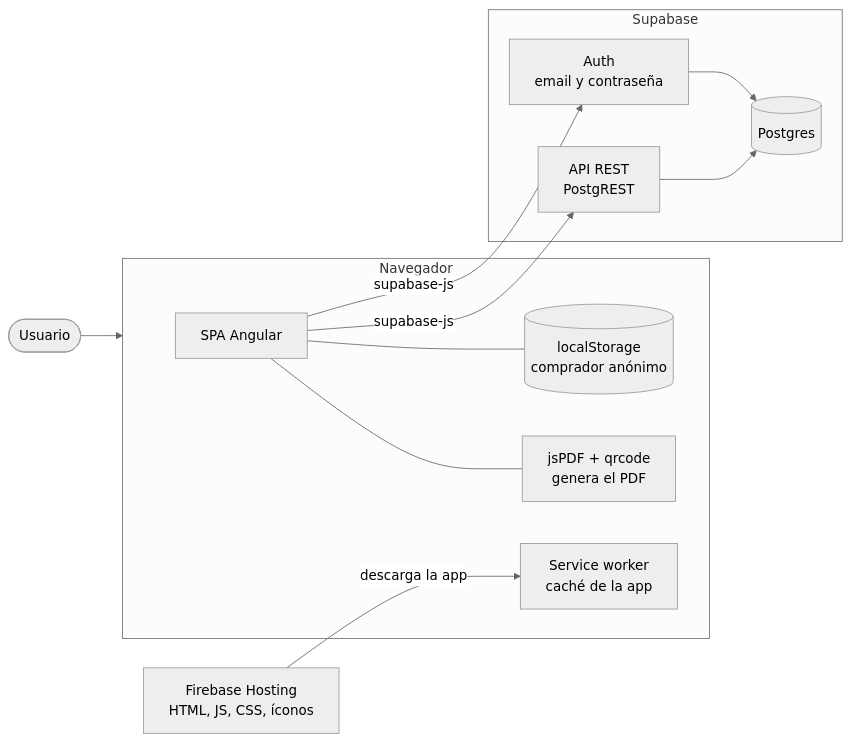
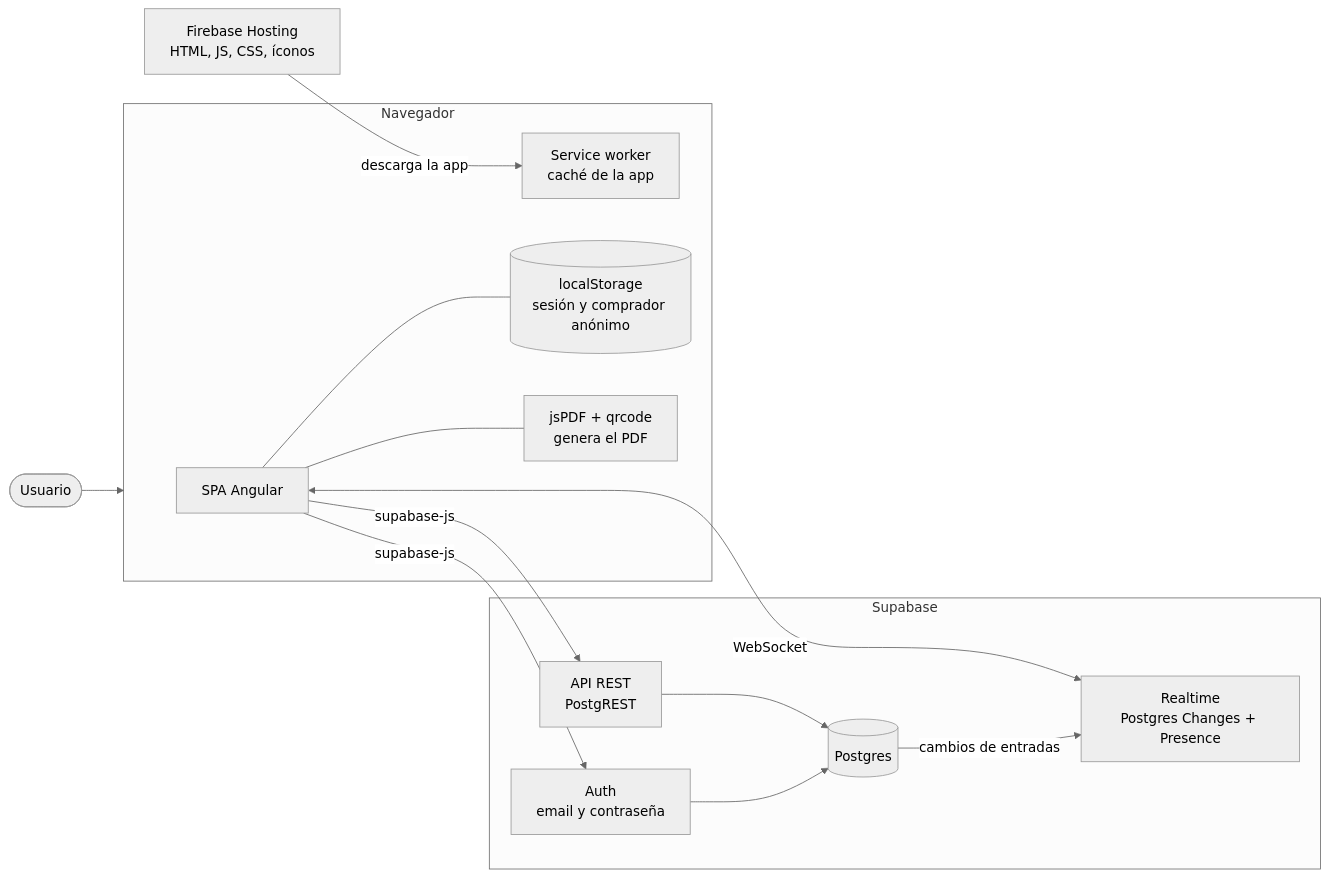
The first of 11 diagrams in ARQUITECTURA.md (EmilianoCenturion/TP1-Progra-IV-Cinepop), drawn with Mermaid (neutral theme) before and after one commit. The commit also changed other lines of this file and 1 other file, not shown here.

````diff
--- a/ARQUITECTURA.md
+++ b/ARQUITECTURA.md
@@ -9,26 +14,29 @@
 ```mermaid
 flowchart LR
     U([Usuario]) --> B
 
     subgraph B[Navegador]
         SPA[SPA Angular]
         SW[Service worker<br/>caché de la app]
-        LS[(localStorage<br/>comprador anónimo)]
+        LS[(localStorage<br/>sesión y comprador anónimo)]
         PDF[jsPDF + qrcode<br/>genera el PDF]
     end
 
     FH[Firebase Hosting<br/>HTML, JS, CSS, íconos]
     subgraph SB[Supabase]
         AUTH[Auth<br/>email y contraseña]
         API[API REST<br/>PostgREST]
+        RT[Realtime<br/>Postgres Changes + Presence]
         DB[(Postgres)]
     end
 
     FH -- descarga la app --> SW
     SPA -- supabase-js --> AUTH
     SPA -- supabase-js --> API
+    SPA <-- WebSocket --> RT
     API --> DB
     AUTH --> DB
+    DB -- cambios de entradas --> RT
     SPA --- LS
     SPA --- PDF
 ```
````
